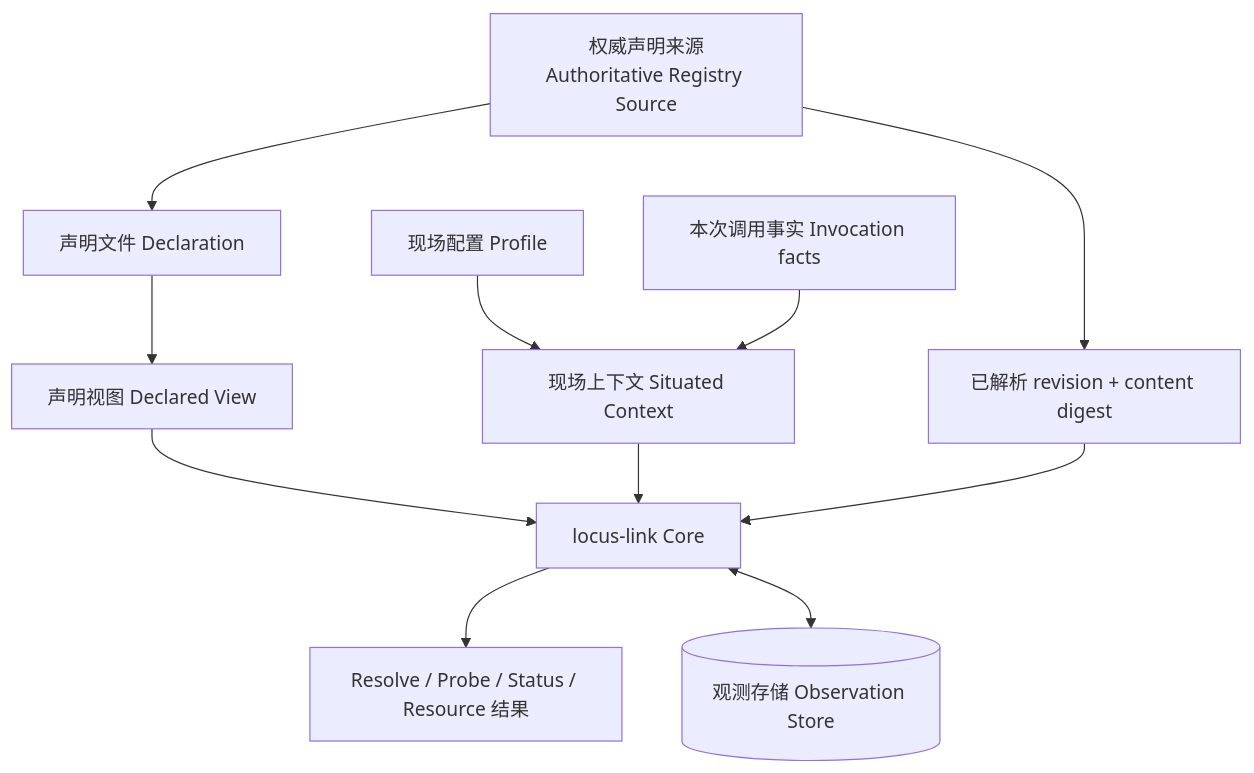
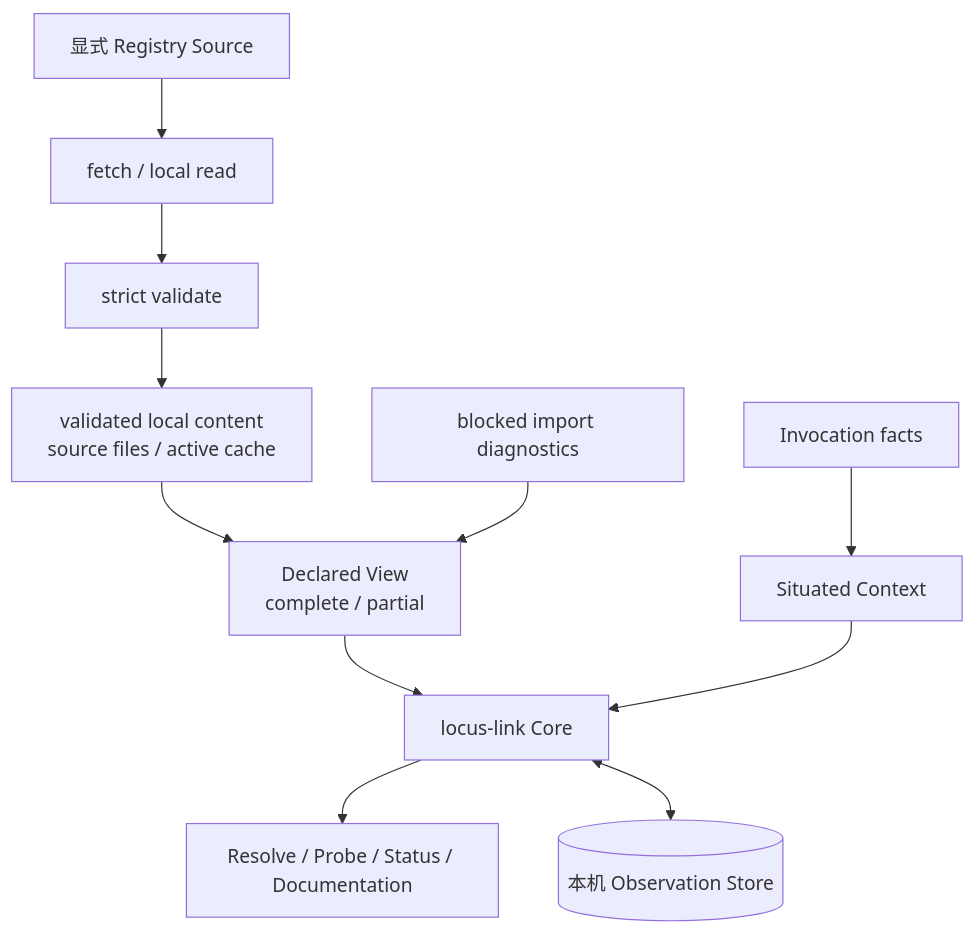
The first of 3 diagrams in documents/design/base-数据设计.md (SWdrift/locus-link), drawn with Mermaid before and after one commit. The commit also changed other lines of this file and 8 other files, not shown here.

````diff
--- a/documents/design/base-数据设计.md
+++ b/documents/design/base-数据设计.md
@@ -40,13 +39,14 @@
 ```mermaid
 flowchart TB
-    SOURCE["权威声明来源\nAuthoritative Registry Source"] --> DECL["声明文件 Declaration"]
-    SOURCE --> PROV["已解析 revision + content digest"]
-    DECL --> VIEW["声明视图 Declared View"]
-    PROFILE["现场配置 Profile"] --> CTX["现场上下文 Situated Context"]
-    INVOKE["本次调用事实 Invocation facts"] --> CTX
+    SOURCE["显式 Registry Source"] --> FETCH["fetch / local read"]
+    FETCH --> VALIDATE["strict validate"]
+    VALIDATE --> ACTIVE["validated local content\nsource files / active cache"]
+    ACTIVE --> VIEW["Declared View\ncomplete / partial"]
+    BLOCKED["blocked import diagnostics"] --> VIEW
+
+    INVOKE["Invocation facts"] --> CTX["Situated Context"]
     VIEW --> CORE["locus-link Core"]
     CTX --> CORE
-    PROV --> CORE
-    CORE --> RESULT["Resolve / Probe / Status / Resource 结果"]
-    CORE <--> OBS[("观测存储 Observation Store")]
+    CORE --> RESULT["Resolve / Probe / Status / Documentation"]
+    CORE <--> OBS[("本机 Observation Store")]
 ```
````
